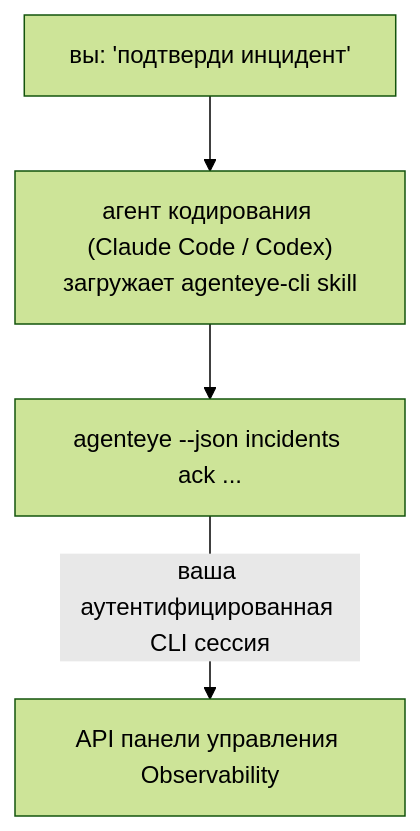
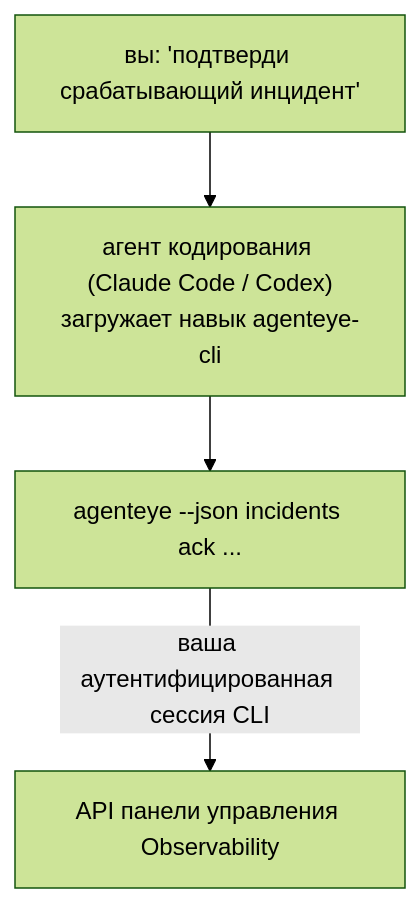
Before and after one commit to GongYuanCaiJi/failproofai: the diagram in docs/ru/agenteye/cli-skill.mdx, drawn with Mermaid (forest theme). The commit also changed other lines of this file and 364 other files, not shown here.

````diff
--- a/docs/ru/agenteye/cli-skill.mdx
+++ b/docs/ru/agenteye/cli-skill.mdx
@@ -25,6 +29,6 @@
 ```mermaid
 flowchart TD
-    YOU["вы: 'подтверди инцидент'"] --> AGENT["агент кодирования (Claude Code / Codex)<br/>загружает agenteye-cli skill"]
+    YOU["вы: 'подтверди срабатывающий инцидент'"] --> AGENT["агент кодирования (Claude Code / Codex)<br/>загружает навык agenteye-cli"]
     AGENT --> CLI["agenteye --json incidents ack ..."]
-    CLI -->|ваша аутентифицированная CLI сессия| API["API панели управления Observability"]
+    CLI -->|ваша аутентифицированная сессия CLI| API["API панели управления Observability"]
 ```
````
